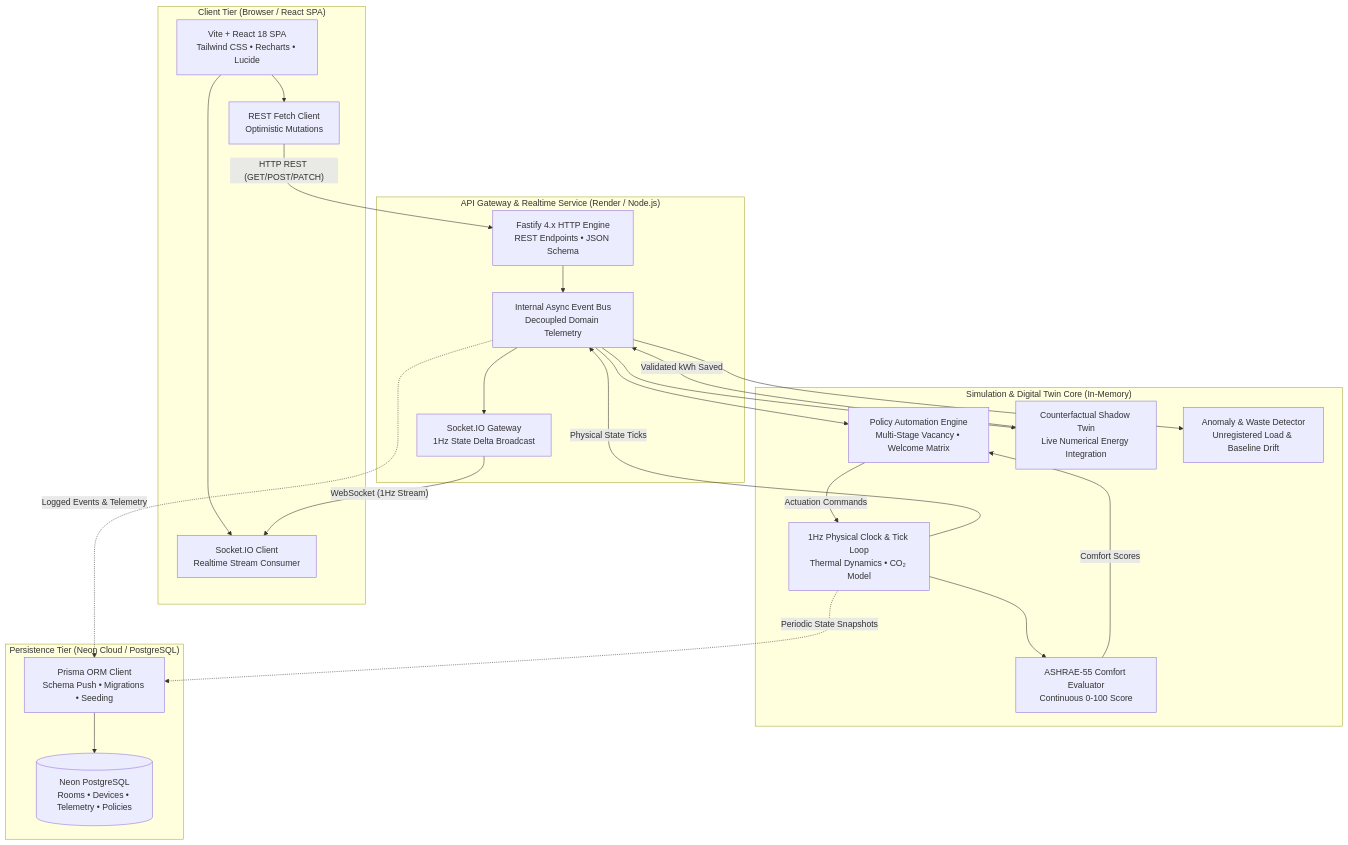
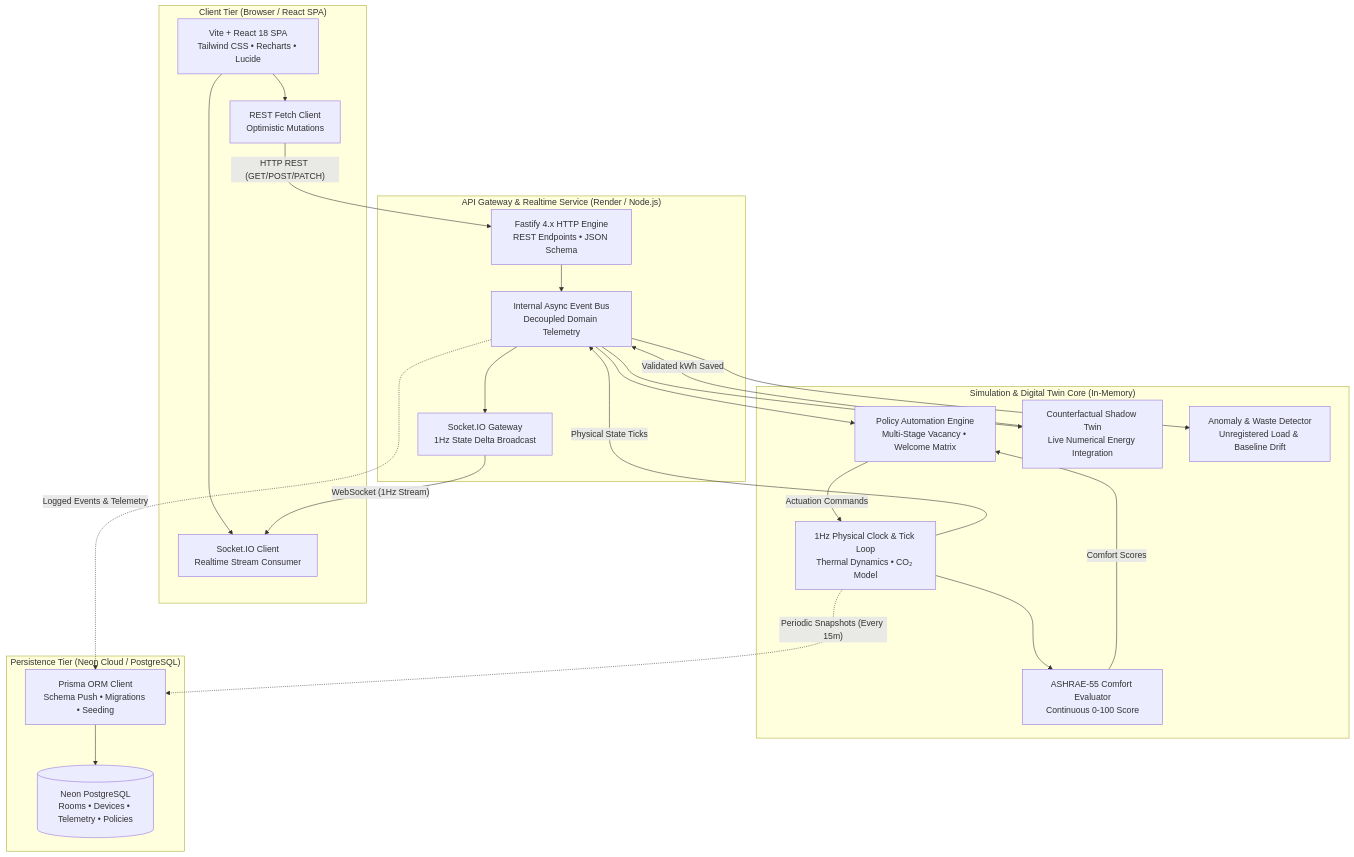
Before and after one commit to osctoss/Lumora: the first of 2 diagrams in README.md, drawn with Mermaid. The commit also changed other lines of this file and 1 other file, not shown here.

````diff
--- a/README.md
+++ b/README.md
@@ -32,52 +32,52 @@
 ```mermaid
 graph TB
     subgraph Client Tier ["Client Tier (Browser / React SPA)"]
         UI["Vite + React 18 SPA<br/>Tailwind CSS • Recharts • Lucide"]
         SocketClient["Socket.IO Client<br/>Realtime Stream Consumer"]
         ApiClient["REST Fetch Client<br/>Optimistic Mutations"]
     end
 
     subgraph Edge ["API Gateway & Realtime Service (Render / Node.js)"]
         Fastify["Fastify 4.x HTTP Engine<br/>REST Endpoints • JSON Schema"]
         SocketServer["Socket.IO Gateway<br/>1Hz State Delta Broadcast"]
         EventBus["Internal Async Event Bus<br/>Decoupled Domain Telemetry"]
     end
 
     subgraph Engine ["Simulation & Digital Twin Core (In-Memory)"]
         SimEngine["1Hz Physical Clock & Tick Loop<br/>Thermal Dynamics • CO₂ Model"]
         PolicyEngine["Policy Automation Engine<br/>Multi-Stage Vacancy • Welcome Matrix"]
         ComfortEngine["ASHRAE-55 Comfort Evaluator<br/>Continuous 0-100 Score"]
         SavingsEngine["Counterfactual Shadow Twin<br/>Live Numerical Energy Integration"]
         WasteDetector["Anomaly & Waste Detector<br/>Unregistered Load & Baseline Drift"]
     end
 
     subgraph Data Tier ["Persistence Tier (Neon Cloud / PostgreSQL)"]
         Prisma["Prisma ORM Client<br/>Schema Push • Migrations • Seeding"]
         Postgres[("Neon PostgreSQL<br/>Rooms • Devices • Telemetry • Policies")]
     end
 
     %% Client Interactions
     UI --> ApiClient
     UI --> SocketClient
     ApiClient -->|"HTTP REST (GET/POST/PATCH)"| Fastify
     SocketServer -->|"WebSocket (1Hz Stream)"| SocketClient
 
     %% Gateway to Engines
     Fastify --> EventBus
     EventBus --> PolicyEngine
     EventBus --> SavingsEngine
     EventBus --> WasteDetector
 
     %% Engine Loop
     SimEngine -->|"Physical State Ticks"| EventBus
     PolicyEngine -->|"Actuation Commands"| SimEngine
     SimEngine --> ComfortEngine
     ComfortEngine -->|"Comfort Scores"| PolicyEngine
     SavingsEngine -->|"Validated kWh Saved"| EventBus
     EventBus --> SocketServer
 
     %% Persistence
-    SimEngine -.->|"Periodic State Snapshots"| Prisma
+    SimEngine -.->|"Periodic Snapshots (Every 15m)"| Prisma
     EventBus -.->|"Logged Events & Telemetry"| Prisma
     Prisma --> Postgres
 ```
````
